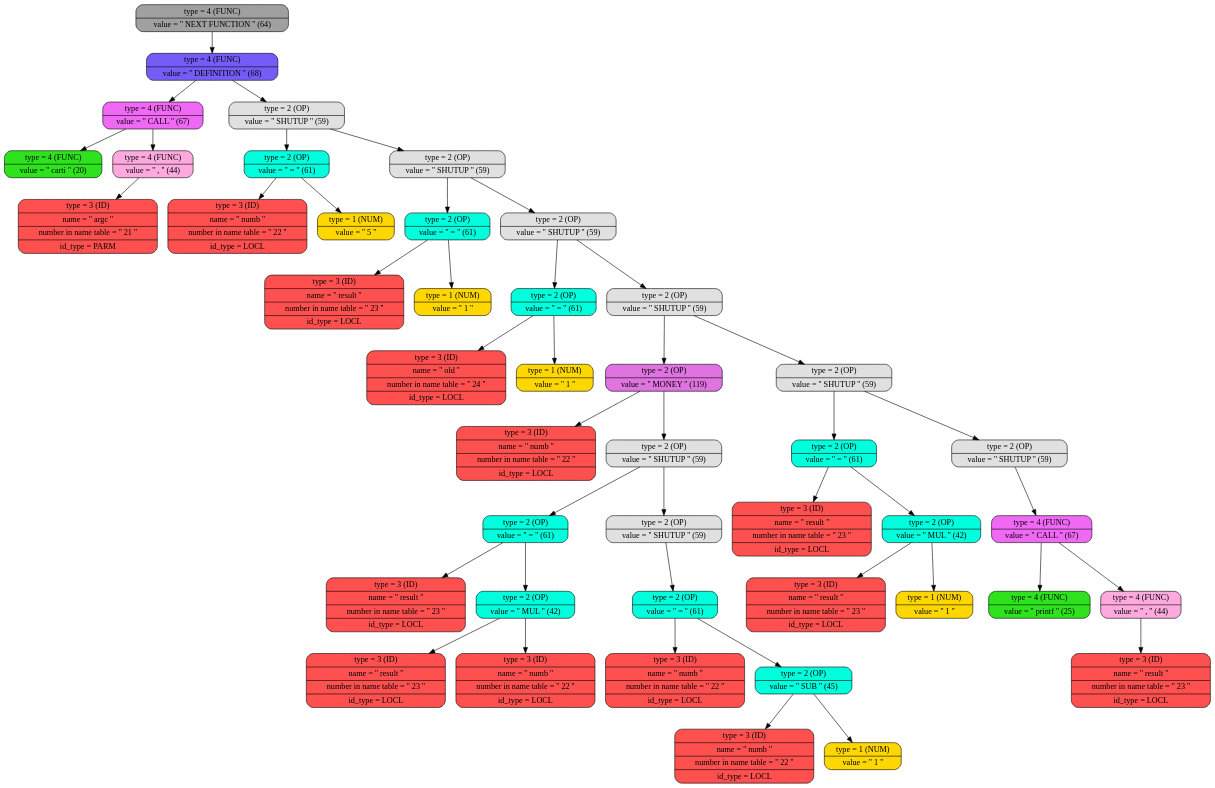
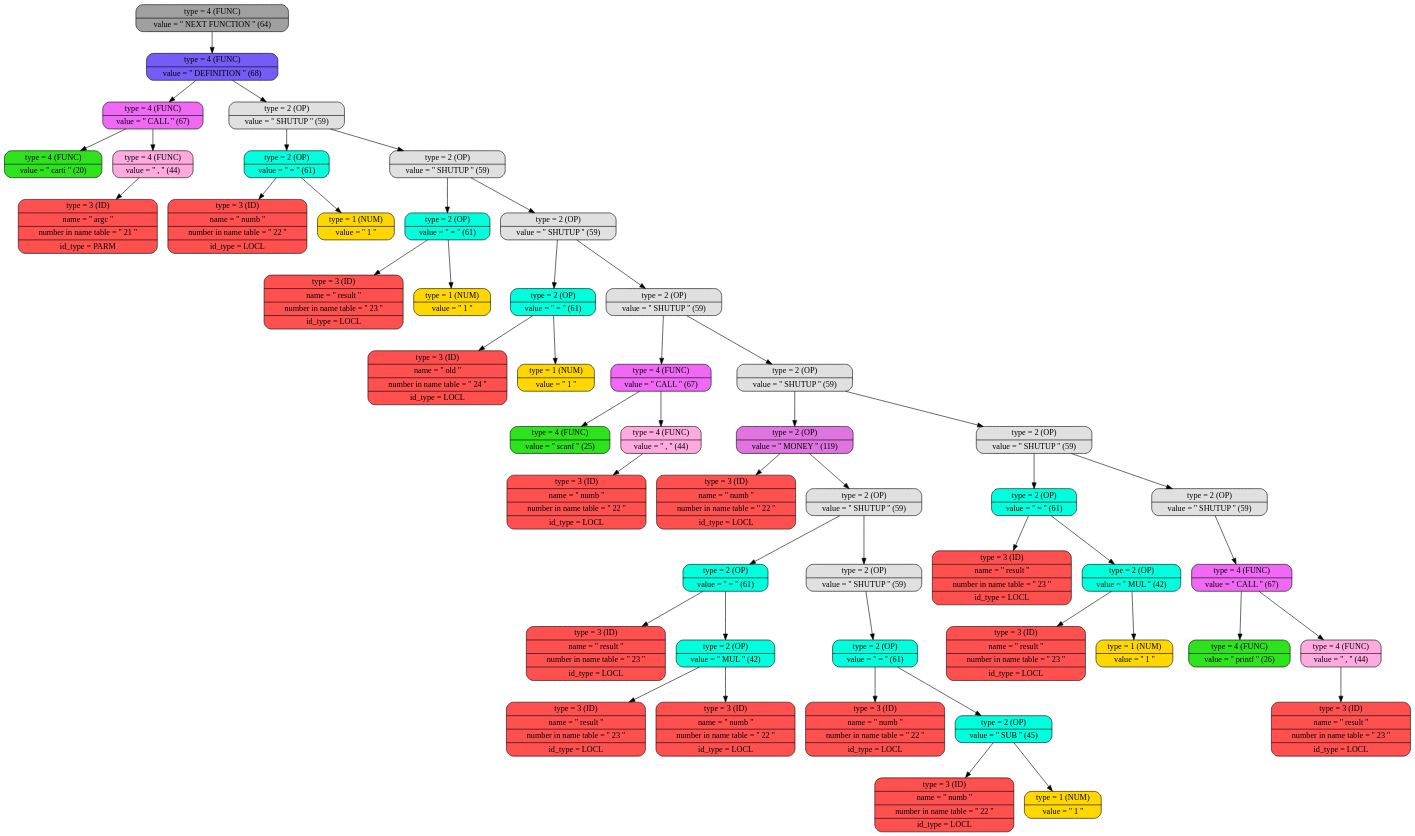
Before and after one commit to daniilgriga/MyProgrammingLanguage: the diagram in log/graph_tree.dot, drawn with Graphviz. The commit also changed 22 other files, not shown here.

Commit message:
added scanf && printf finally && work factorial

```diff
--- a/log/graph_tree.dot
+++ b/log/graph_tree.dot
@@ -1,11 +1,11 @@
 digraph
 {
 bgcolor="transparent"
-node0x503000000850 [shape=Mrecord; label = " { type = 4 (FUNC) | value = '' NEXT FUNCTION ''  (64) }"; style = filled; fillcolor = "#A0A0A0"];
-node0x503000000850 -> node0x503000000820;
-node0x503000000820 [shape=Mrecord; label = " { type = 4 (FUNC) | value = '' DEFINITION ''  (68) }"; style = filled; fillcolor = "#755CF7"];
-node0x503000000820 -> node0x5030000000d0;
-node0x503000000820 -> node0x503000000190;
+node0x503000000940 [shape=Mrecord; label = " { type = 4 (FUNC) | value = '' NEXT FUNCTION ''  (64) }"; style = filled; fillcolor = "#A0A0A0"];
+node0x503000000940 -> node0x503000000910;
+node0x503000000910 [shape=Mrecord; label = " { type = 4 (FUNC) | value = '' DEFINITION ''  (68) }"; style = filled; fillcolor = "#755CF7"];
+node0x503000000910 -> node0x5030000000d0;
+node0x503000000910 -> node0x503000000190;
 node0x5030000000d0 [shape=Mrecord; label = " { type = 4 (FUNC) | value = '' CALL ''  (67) }"; style = filled; fillcolor = "#F069F5"];
 node0x5030000000d0 -> node0x503000000040;
 node0x5030000000d0 -> node0x5030000000a0;
@@ -20,7 +20,7 @@
 node0x503000000160 -> node0x503000000100;
 node0x503000000160 -> node0x503000000130;
 node0x503000000100 [shape=Mrecord; label = " { type = 3 (ID)  | name = '' numb '' | number in name table = '' 22 '' | id_type = LOCL }"; style = filled; fillcolor = "#FF5050"];
-node0x503000000130 [shape=Mrecord; label = " { type = 1 (NUM)  | value = '' 5 '' }"; style = filled; fillcolor = "#FFD700"];
+node0x503000000130 [shape=Mrecord; label = " { type = 1 (NUM)  | value = '' 1 '' }"; style = filled; fillcolor = "#FFD700"];
 node0x503000000250 [shape=Mrecord; label = " { type = 2 (OP)   | value = '' SHUTUP ''  (59) }"; style = filled; fillcolor = "#E0E0E0"];
 node0x503000000250 -> node0x503000000220;
 node0x503000000250 -> node0x503000000310;
@@ -31,62 +31,72 @@
 node0x5030000001f0 [shape=Mrecord; label = " { type = 1 (NUM)  | value = '' 1 '' }"; style = filled; fillcolor = "#FFD700"];
 node0x503000000310 [shape=Mrecord; label = " { type = 2 (OP)   | value = '' SHUTUP ''  (59) }"; style = filled; fillcolor = "#E0E0E0"];
 node0x503000000310 -> node0x5030000002e0;
-node0x503000000310 -> node0x5030000005e0;
+node0x503000000310 -> node0x503000000400;
 node0x5030000002e0 [shape=Mrecord; label = " { type = 2 (OP)   | value = '' = ''  (61) }"; style = filled; fillcolor = "#00FFDD"];
 node0x5030000002e0 -> node0x503000000280;
 node0x5030000002e0 -> node0x5030000002b0;
 node0x503000000280 [shape=Mrecord; label = " { type = 3 (ID)  | name = '' old '' | number in name table = '' 24 '' | id_type = LOCL }"; style = filled; fillcolor = "#FF5050"];
 node0x5030000002b0 [shape=Mrecord; label = " { type = 1 (NUM)  | value = '' 1 '' }"; style = filled; fillcolor = "#FFD700"];
-node0x5030000005e0 [shape=Mrecord; label = " { type = 2 (OP)   | value = '' SHUTUP ''  (59) }"; style = filled; fillcolor = "#E0E0E0"];
-node0x5030000005e0 -> node0x5030000005b0;
-node0x5030000005e0 -> node0x503000000700;
-node0x5030000005b0 [shape=Mrecord; label = " { type = 2 (OP)   | value = '' MONEY ''  (119) }"; style = filled; fillcolor = "#DF73DF"];
-node0x5030000005b0 -> node0x503000000340;
-node0x5030000005b0 -> node0x503000000460;
-node0x503000000340 [shape=Mrecord; label = " { type = 3 (ID)  | name = '' numb '' | number in name table = '' 22 '' | id_type = LOCL }"; style = filled; fillcolor = "#FF5050"];
-node0x503000000460 [shape=Mrecord; label = " { type = 2 (OP)   | value = '' SHUTUP ''  (59) }"; style = filled; fillcolor = "#E0E0E0"];
-node0x503000000460 -> node0x503000000430;
-node0x503000000460 -> node0x503000000580;
-node0x503000000430 [shape=Mrecord; label = " { type = 2 (OP)   | value = '' = ''  (61) }"; style = filled; fillcolor = "#00FFDD"];
-node0x503000000430 -> node0x503000000370;
-node0x503000000430 -> node0x503000000400;
-node0x503000000370 [shape=Mrecord; label = " { type = 3 (ID)  | name = '' result '' | number in name table = '' 23 '' | id_type = LOCL }"; style = filled; fillcolor = "#FF5050"];
-node0x503000000400 [shape=Mrecord; label = " { type = 2 (OP)   | value = '' MUL ''  (42) }"; style = filled; fillcolor = "#00FFDD"];
-node0x503000000400 -> node0x5030000003a0;
+node0x503000000400 [shape=Mrecord; label = " { type = 2 (OP)   | value = '' SHUTUP ''  (59) }"; style = filled; fillcolor = "#E0E0E0"];
 node0x503000000400 -> node0x5030000003d0;
-node0x5030000003a0 [shape=Mrecord; label = " { type = 3 (ID)  | name = '' result '' | number in name table = '' 23 '' | id_type = LOCL }"; style = filled; fillcolor = "#FF5050"];
-node0x5030000003d0 [shape=Mrecord; label = " { type = 3 (ID)  | name = '' numb '' | number in name table = '' 22 '' | id_type = LOCL }"; style = filled; fillcolor = "#FF5050"];
-node0x503000000580 [shape=Mrecord; label = " { type = 2 (OP)   | value = '' SHUTUP ''  (59) }"; style = filled; fillcolor = "#E0E0E0"];
-node0x503000000580 -> node0x503000000550;
-node0x503000000550 [shape=Mrecord; label = " { type = 2 (OP)   | value = '' = ''  (61) }"; style = filled; fillcolor = "#00FFDD"];
-node0x503000000550 -> node0x503000000490;
+node0x503000000400 -> node0x5030000006d0;
+node0x5030000003d0 [shape=Mrecord; label = " { type = 4 (FUNC) | value = '' CALL ''  (67) }"; style = filled; fillcolor = "#F069F5"];
+node0x5030000003d0 -> node0x503000000340;
+node0x5030000003d0 -> node0x5030000003a0;
+node0x503000000340 [shape=Mrecord; label = " { type = 4 (FUNC) | value = '' scanf ''  (25) }"; style = filled; fillcolor = "#2EE31E"];
+node0x5030000003a0 [shape=Mrecord; label = " { type = 4 (FUNC) | value = '' , ''  (44) }"; style = filled; fillcolor = "#FEAADF"];
+node0x5030000003a0 -> node0x503000000370;
+node0x503000000370 [shape=Mrecord; label = " { type = 3 (ID)  | name = '' numb '' | number in name table = '' 22 '' | id_type = LOCL }"; style = filled; fillcolor = "#FF5050"];
+node0x5030000006d0 [shape=Mrecord; label = " { type = 2 (OP)   | value = '' SHUTUP ''  (59) }"; style = filled; fillcolor = "#E0E0E0"];
+node0x5030000006d0 -> node0x5030000006a0;
+node0x5030000006d0 -> node0x5030000007f0;
+node0x5030000006a0 [shape=Mrecord; label = " { type = 2 (OP)   | value = '' MONEY ''  (119) }"; style = filled; fillcolor = "#DF73DF"];
+node0x5030000006a0 -> node0x503000000430;
+node0x5030000006a0 -> node0x503000000550;
+node0x503000000430 [shape=Mrecord; label = " { type = 3 (ID)  | name = '' numb '' | number in name table = '' 22 '' | id_type = LOCL }"; style = filled; fillcolor = "#FF5050"];
+node0x503000000550 [shape=Mrecord; label = " { type = 2 (OP)   | value = '' SHUTUP ''  (59) }"; style = filled; fillcolor = "#E0E0E0"];
 node0x503000000550 -> node0x503000000520;
-node0x503000000490 [shape=Mrecord; label = " { type = 3 (ID)  | name = '' numb '' | number in name table = '' 22 '' | id_type = LOCL }"; style = filled; fillcolor = "#FF5050"];
-node0x503000000520 [shape=Mrecord; label = " { type = 2 (OP)   | value = '' SUB ''  (45) }"; style = filled; fillcolor = "#00FFDD"];
-node0x503000000520 -> node0x5030000004c0;
+node0x503000000550 -> node0x503000000670;
+node0x503000000520 [shape=Mrecord; label = " { type = 2 (OP)   | value = '' = ''  (61) }"; style = filled; fillcolor = "#00FFDD"];
+node0x503000000520 -> node0x503000000460;
 node0x503000000520 -> node0x5030000004f0;
+node0x503000000460 [shape=Mrecord; label = " { type = 3 (ID)  | name = '' result '' | number in name table = '' 23 '' | id_type = LOCL }"; style = filled; fillcolor = "#FF5050"];
+node0x5030000004f0 [shape=Mrecord; label = " { type = 2 (OP)   | value = '' MUL ''  (42) }"; style = filled; fillcolor = "#00FFDD"];
+node0x5030000004f0 -> node0x503000000490;
+node0x5030000004f0 -> node0x5030000004c0;
+node0x503000000490 [shape=Mrecord; label = " { type = 3 (ID)  | name = '' result '' | number in name table = '' 23 '' | id_type = LOCL }"; style = filled; fillcolor = "#FF5050"];
 node0x5030000004c0 [shape=Mrecord; label = " { type = 3 (ID)  | name = '' numb '' | number in name table = '' 22 '' | id_type = LOCL }"; style = filled; fillcolor = "#FF5050"];
-node0x5030000004f0 [shape=Mrecord; label = " { type = 1 (NUM)  | value = '' 1 '' }"; style = filled; fillcolor = "#FFD700"];
-node0x503000000700 [shape=Mrecord; label = " { type = 2 (OP)   | value = '' SHUTUP ''  (59) }"; style = filled; fillcolor = "#E0E0E0"];
-node0x503000000700 -> node0x5030000006d0;
-node0x503000000700 -> node0x5030000007f0;
-node0x5030000006d0 [shape=Mrecord; label = " { type = 2 (OP)   | value = '' = ''  (61) }"; style = filled; fillcolor = "#00FFDD"];
-node0x5030000006d0 -> node0x503000000610;
-node0x5030000006d0 -> node0x5030000006a0;
-node0x503000000610 [shape=Mrecord; label = " { type = 3 (ID)  | name = '' result '' | number in name table = '' 23 '' | id_type = LOCL }"; style = filled; fillcolor = "#FF5050"];
-node0x5030000006a0 [shape=Mrecord; label = " { type = 2 (OP)   | value = '' MUL ''  (42) }"; style = filled; fillcolor = "#00FFDD"];
-node0x5030000006a0 -> node0x503000000640;
-node0x5030000006a0 -> node0x503000000670;
-node0x503000000640 [shape=Mrecord; label = " { type = 3 (ID)  | name = '' result '' | number in name table = '' 23 '' | id_type = LOCL }"; style = filled; fillcolor = "#FF5050"];
-node0x503000000670 [shape=Mrecord; label = " { type = 1 (NUM)  | value = '' 1 '' }"; style = filled; fillcolor = "#FFD700"];
+node0x503000000670 [shape=Mrecord; label = " { type = 2 (OP)   | value = '' SHUTUP ''  (59) }"; style = filled; fillcolor = "#E0E0E0"];
+node0x503000000670 -> node0x503000000640;
+node0x503000000640 [shape=Mrecord; label = " { type = 2 (OP)   | value = '' = ''  (61) }"; style = filled; fillcolor = "#00FFDD"];
+node0x503000000640 -> node0x503000000580;
+node0x503000000640 -> node0x503000000610;
+node0x503000000580 [shape=Mrecord; label = " { type = 3 (ID)  | name = '' numb '' | number in name table = '' 22 '' | id_type = LOCL }"; style = filled; fillcolor = "#FF5050"];
+node0x503000000610 [shape=Mrecord; label = " { type = 2 (OP)   | value = '' SUB ''  (45) }"; style = filled; fillcolor = "#00FFDD"];
+node0x503000000610 -> node0x5030000005b0;
+node0x503000000610 -> node0x5030000005e0;
+node0x5030000005b0 [shape=Mrecord; label = " { type = 3 (ID)  | name = '' numb '' | number in name table = '' 22 '' | id_type = LOCL }"; style = filled; fillcolor = "#FF5050"];
+node0x5030000005e0 [shape=Mrecord; label = " { type = 1 (NUM)  | value = '' 1 '' }"; style = filled; fillcolor = "#FFD700"];
 node0x5030000007f0 [shape=Mrecord; label = " { type = 2 (OP)   | value = '' SHUTUP ''  (59) }"; style = filled; fillcolor = "#E0E0E0"];
 node0x5030000007f0 -> node0x5030000007c0;
-node0x5030000007c0 [shape=Mrecord; label = " { type = 4 (FUNC) | value = '' CALL ''  (67) }"; style = filled; fillcolor = "#F069F5"];
-node0x5030000007c0 -> node0x503000000730;
+node0x5030000007f0 -> node0x5030000008e0;
+node0x5030000007c0 [shape=Mrecord; label = " { type = 2 (OP)   | value = '' = ''  (61) }"; style = filled; fillcolor = "#00FFDD"];
+node0x5030000007c0 -> node0x503000000700;
 node0x5030000007c0 -> node0x503000000790;
-node0x503000000730 [shape=Mrecord; label = " { type = 4 (FUNC) | value = '' printf ''  (25) }"; style = filled; fillcolor = "#2EE31E"];
-node0x503000000790 [shape=Mrecord; label = " { type = 4 (FUNC) | value = '' , ''  (44) }"; style = filled; fillcolor = "#FEAADF"];
+node0x503000000700 [shape=Mrecord; label = " { type = 3 (ID)  | name = '' result '' | number in name table = '' 23 '' | id_type = LOCL }"; style = filled; fillcolor = "#FF5050"];
+node0x503000000790 [shape=Mrecord; label = " { type = 2 (OP)   | value = '' MUL ''  (42) }"; style = filled; fillcolor = "#00FFDD"];
+node0x503000000790 -> node0x503000000730;
 node0x503000000790 -> node0x503000000760;
-node0x503000000760 [shape=Mrecord; label = " { type = 3 (ID)  | name = '' result '' | number in name table = '' 23 '' | id_type = LOCL }"; style = filled; fillcolor = "#FF5050"];
+node0x503000000730 [shape=Mrecord; label = " { type = 3 (ID)  | name = '' result '' | number in name table = '' 23 '' | id_type = LOCL }"; style = filled; fillcolor = "#FF5050"];
+node0x503000000760 [shape=Mrecord; label = " { type = 1 (NUM)  | value = '' 1 '' }"; style = filled; fillcolor = "#FFD700"];
+node0x5030000008e0 [shape=Mrecord; label = " { type = 2 (OP)   | value = '' SHUTUP ''  (59) }"; style = filled; fillcolor = "#E0E0E0"];
+node0x5030000008e0 -> node0x5030000008b0;
+node0x5030000008b0 [shape=Mrecord; label = " { type = 4 (FUNC) | value = '' CALL ''  (67) }"; style = filled; fillcolor = "#F069F5"];
+node0x5030000008b0 -> node0x503000000820;
+node0x5030000008b0 -> node0x503000000880;
+node0x503000000820 [shape=Mrecord; label = " { type = 4 (FUNC) | value = '' printf ''  (26) }"; style = filled; fillcolor = "#2EE31E"];
+node0x503000000880 [shape=Mrecord; label = " { type = 4 (FUNC) | value = '' , ''  (44) }"; style = filled; fillcolor = "#FEAADF"];
+node0x503000000880 -> node0x503000000850;
+node0x503000000850 [shape=Mrecord; label = " { type = 3 (ID)  | name = '' result '' | number in name table = '' 23 '' | id_type = LOCL }"; style = filled; fillcolor = "#FF5050"];
 
 }
```
